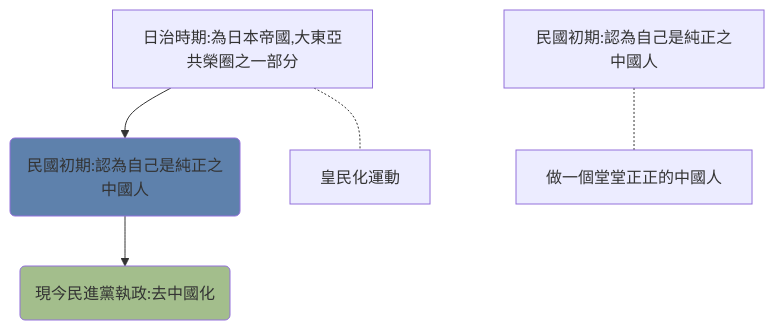
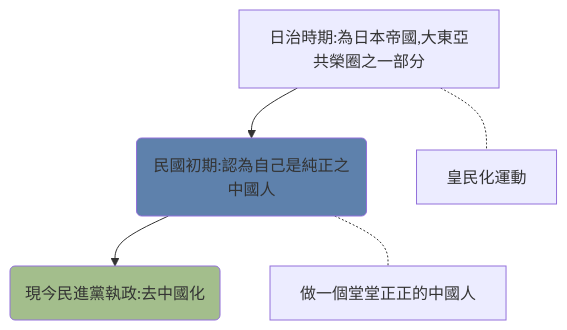
Before and after one commit to Ethane1755/Obsidian: the diagram in Zettelkasten/歷史解釋_認同問題.md, drawn with Mermaid. The commit also changed 2 other files, not shown here.

Commit message:
Obsidian Backup 2021-09-18 21:39

````diff
--- a/Zettelkasten/歷史解釋_認同問題.md
+++ b/Zettelkasten/歷史解釋_認同問題.md
@@ -9,8 +9,8 @@
 ```mermaid
 graph TD
 日治時期:為日本帝國,大東亞共榮圈之一部分-->id2(民國初期:認為自己是純正之中國人)-->id1(現今民進黨執政:去中國化)
 日治時期:為日本帝國,大東亞共榮圈之一部分-.-皇民化運動
-民國初期:認為自己是純正之中國人-.-做一個堂堂正正的中國人
+id2-.-做一個堂堂正正的中國人
 style id1 fill:#a3be8c
 style id2 fill:#5e81ac
 ```
````
